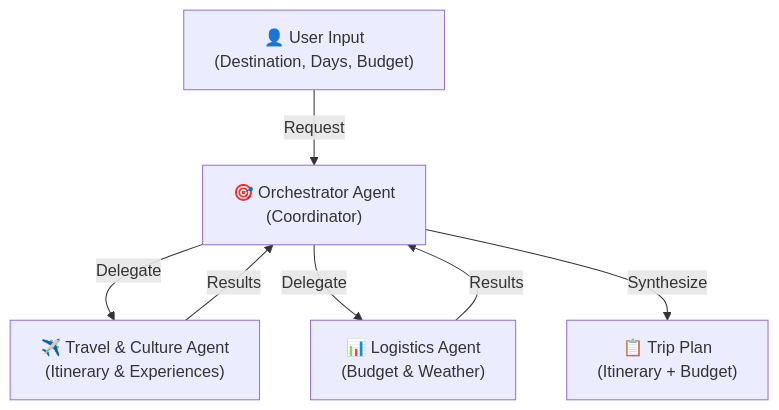
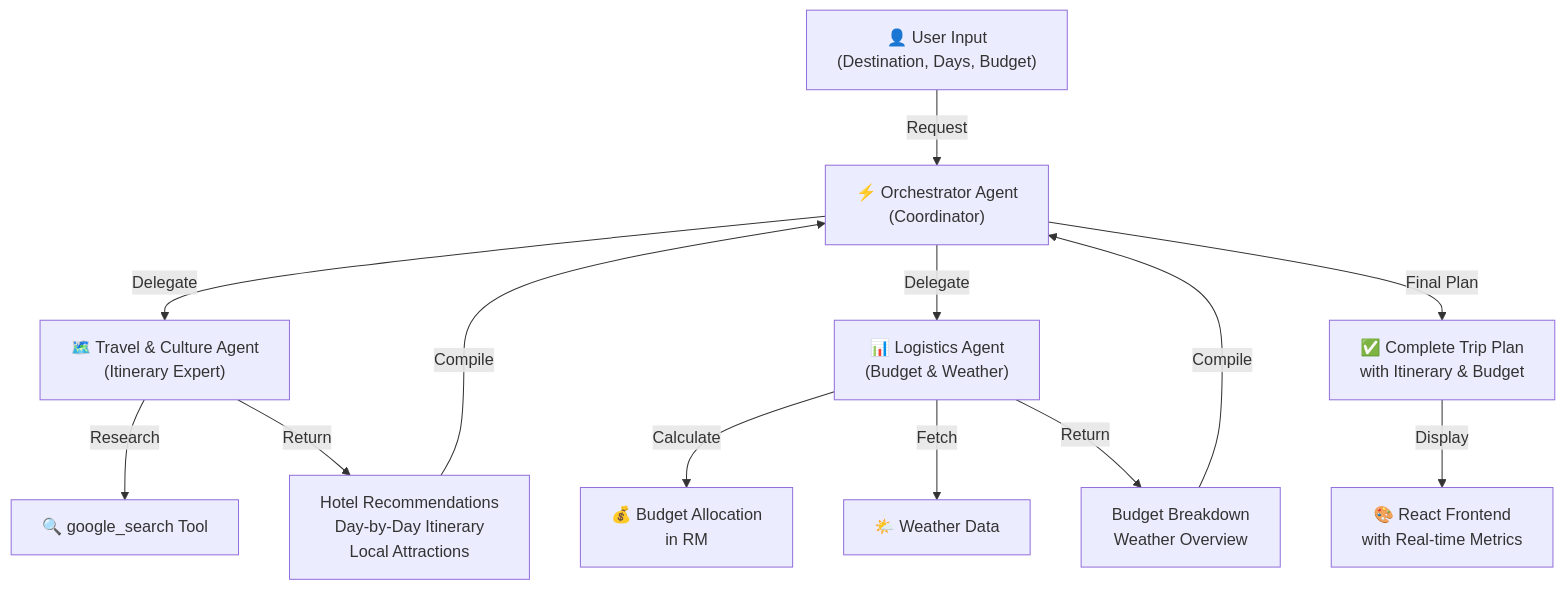
Before and after one commit to MichaelHanz/techfest-2.0: the diagram in README.md, drawn with Mermaid. The commit also changed other lines of this file and 4 other files, not shown here.

````diff
--- a/README.md
+++ b/README.md
@@ -16,15 +74,23 @@
 ```mermaid
 graph TD
     User["👤 User Input<br/>(Destination, Days, Budget)"]
-    Orchestrator["🎯 Orchestrator Agent<br/>(Coordinator)"]
-    Travel["✈️ Travel & Culture Agent<br/>(Itinerary & Experiences)"]
-    Logistics["📊 Logistics Agent<br/>(Budget & Weather)"]
-    Output["📋 Trip Plan<br/>(Itinerary + Budget)"]
     
-    User -->|Request| Orchestrator
-    Orchestrator -->|Delegate| Travel
-    Orchestrator -->|Delegate| Logistics
-    Travel -->|Results| Orchestrator
-    Logistics -->|Results| Orchestrator
-    Orchestrator -->|Synthesize| Output
+    User -->|Request| Orchestrator["⚡ Orchestrator Agent<br/>(Coordinator)"]
+    
+    Orchestrator -->|Delegate| Travel["🗺️ Travel & Culture Agent<br/>(Itinerary Expert)"]
+    Orchestrator -->|Delegate| Logistics["📊 Logistics Agent<br/>(Budget & Weather)"]
+    
+    Travel -->|Research| GoogleSearch["🔍 google_search Tool"]
+    Travel -->|Return| TravelResult["Hotel Recommendations<br/>Day-by-Day Itinerary<br/>Local Attractions"]
+    
+    Logistics -->|Calculate| BudgetCalc["💰 Budget Allocation<br/>in RM"]
+    Logistics -->|Fetch| Weather["🌤️ Weather Data"]
+    Logistics -->|Return| LogisticsResult["Budget Breakdown<br/>Weather Overview"]
+    
+    TravelResult -->|Compile| Orchestrator
+    LogisticsResult -->|Compile| Orchestrator
+    
+    Orchestrator -->|Final Plan| Results["✅ Complete Trip Plan<br/>with Itinerary & Budget"]
+    
+    Results -->|Display| Frontend["🎨 React Frontend<br/>with Real-time Metrics"]
 ```
````
